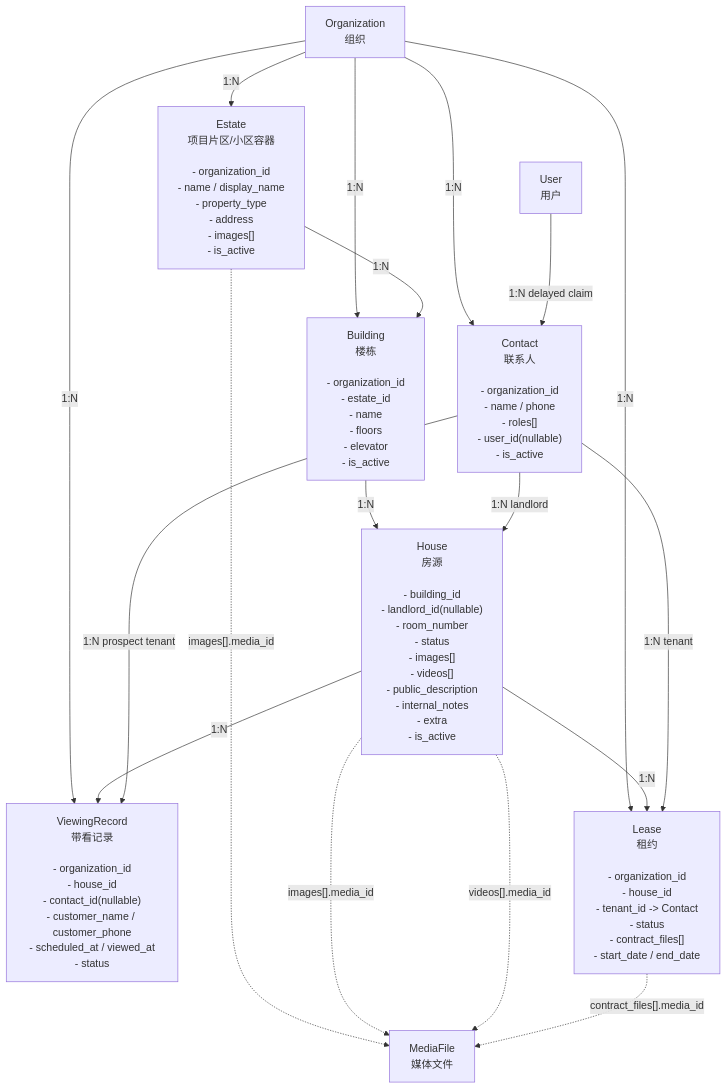
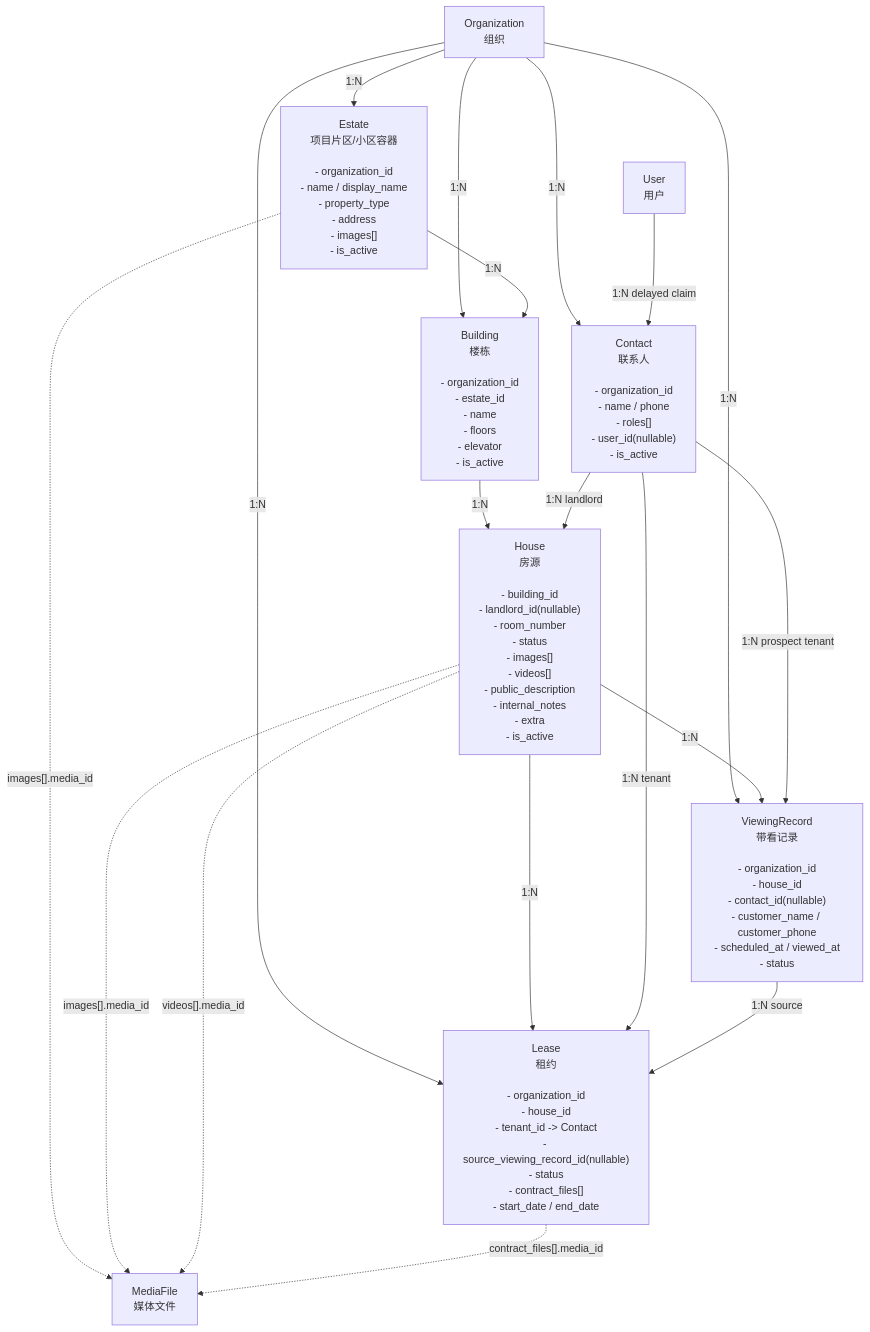
The fourth of 6 diagrams in openspec/changes/property-rental-management/design.md (ol0o0lo/linkcloud-space), drawn with Mermaid before and after one commit. The commit also changed other lines of this file and 3 other files, not shown here.

````diff
--- a/openspec/changes/property-rental-management/design.md
+++ b/openspec/changes/property-rental-management/design.md
@@ -340,32 +343,33 @@
 ```mermaid
 flowchart TD
     org["Organization<br/>组织"]
     user["User<br/>用户"]
     media["MediaFile<br/>媒体文件"]
 
     estate["Estate<br/>项目片区/小区容器<br/><br/>- organization_id<br/>- name / display_name<br/>- property_type<br/>- address<br/>- images[]<br/>- is_active"]
     building["Building<br/>楼栋<br/><br/>- organization_id<br/>- estate_id<br/>- name<br/>- floors<br/>- elevator<br/>- is_active"]
     house["House<br/>房源<br/><br/>- building_id<br/>- landlord_id(nullable)<br/>- room_number<br/>- status<br/>- images[]<br/>- videos[]<br/>- public_description<br/>- internal_notes<br/>- extra<br/>- is_active"]
     contact["Contact<br/>联系人<br/><br/>- organization_id<br/>- name / phone<br/>- roles[]<br/>- user_id(nullable)<br/>- is_active"]
     viewing["ViewingRecord<br/>带看记录<br/><br/>- organization_id<br/>- house_id<br/>- contact_id(nullable)<br/>- customer_name / customer_phone<br/>- scheduled_at / viewed_at<br/>- status"]
-    lease["Lease<br/>租约<br/><br/>- organization_id<br/>- house_id<br/>- tenant_id -> Contact<br/>- status<br/>- contract_files[]<br/>- start_date / end_date"]
+    lease["Lease<br/>租约<br/><br/>- organization_id<br/>- house_id<br/>- tenant_id -> Contact<br/>- source_viewing_record_id(nullable)<br/>- status<br/>- contract_files[]<br/>- start_date / end_date"]
 
     org -->|"1:N"| estate
     org -->|"1:N"| building
     org -->|"1:N"| contact
     org -->|"1:N"| viewing
     org -->|"1:N"| lease
 
     estate -->|"1:N"| building
     building -->|"1:N"| house
     contact -->|"1:N landlord"| house
     house -->|"1:N"| viewing
     contact -->|"1:N prospect tenant"| viewing
     house -->|"1:N"| lease
     contact -->|"1:N tenant"| lease
+    viewing -->|"1:N source"| lease
     user -->|"1:N delayed claim"| contact
     estate -.->|"images[].media_id"| media
     house -.->|"images[].media_id"| media
     house -.->|"videos[].media_id"| media
     lease -.->|"contract_files[].media_id"| media
 ```
````
